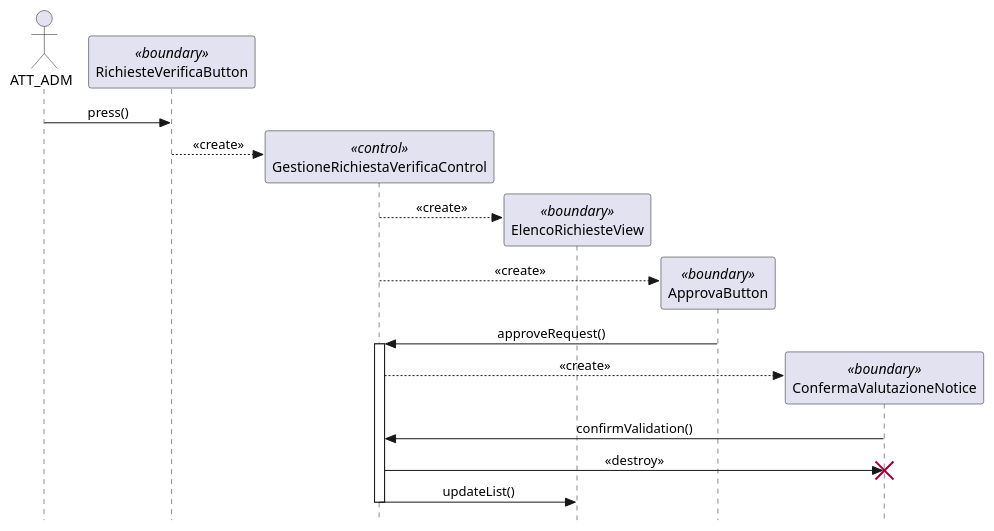
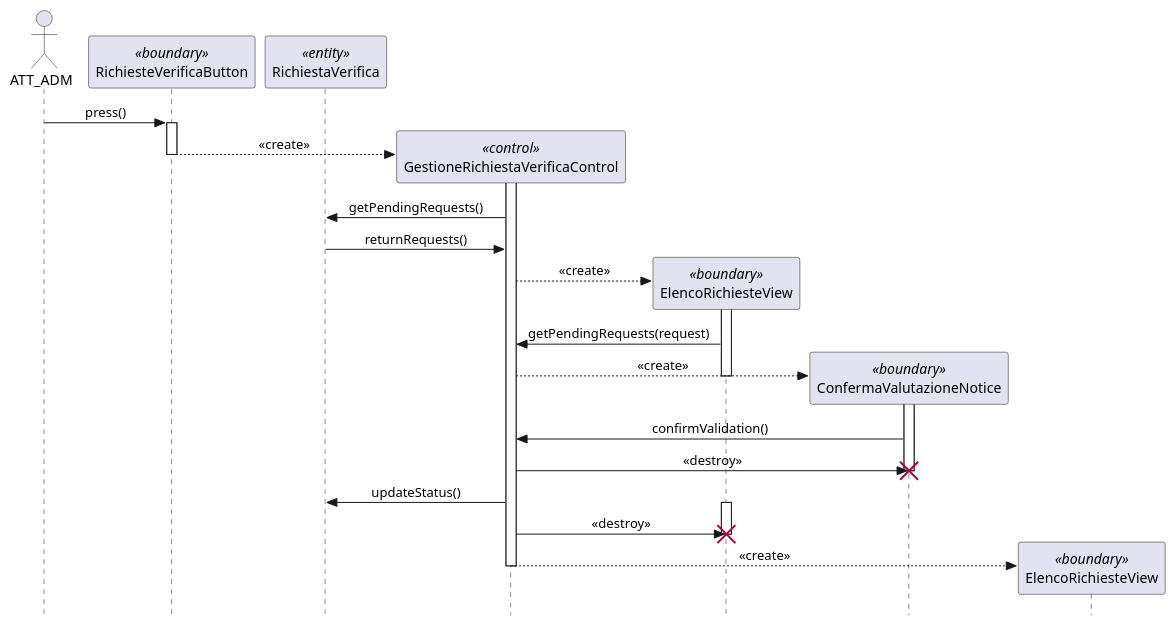
Before and after one commit to rdelvacchio/AmplyMus: the diagram in RAD/src/SD/SD_GM_6.plantuml, drawn with PlantUML. The commit also changed 15 other files, not shown here.

```diff
--- a/RAD/src/SD/SD_GM_6.plantuml
+++ b/RAD/src/SD/SD_GM_6.plantuml
@@ -1,30 +1,39 @@
 @startuml
 hide footbox
 skinparam style strictuml
 skinparam sequenceMessageAlign center
 
 actor ATT_ADM
 participant "RichiesteVerificaButton" as A <<boundary>>
+participant "RichiestaVerifica" as H <<entity>>
 
-ATT_ADM -> A : press()
+ATT_ADM -> A ++ : press()
 
 create participant "GestioneRichiestaVerificaControl" as B <<control>>
-A --> B : <<create>>
+A --> B ++ : <<create>>
+deactivate A
+
+B -> H : getPendingRequests()
+H -> B: returnRequests()
 
 create participant "ElencoRichiesteView" as C <<boundary>>
-B --> C : <<create>>
+B --> C ++ : <<create>>
 
-create participant "ApprovaButton" as F <<boundary>>
-B --> F : <<create>>
-
-F -> B ++ : approveRequest()
+C -> B : getPendingRequests(request)
 
 create participant "ConfermaValutazioneNotice" as G <<boundary>>
-B --> G : <<create>>
+B --> G ++ : <<create>>
 
+deactivate C
 G -> B : confirmValidation()
 B -> G !! : <<destroy>>
 
-B -> C : updateList()
+B -> H : updateStatus()
+activate C
+
+B -> C !! : <<destroy>>
+
+create participant "ElencoRichiesteView" as C2 <<boundary>>
+B --> C2 : <<create>>
 deactivate B
 @enduml
```
